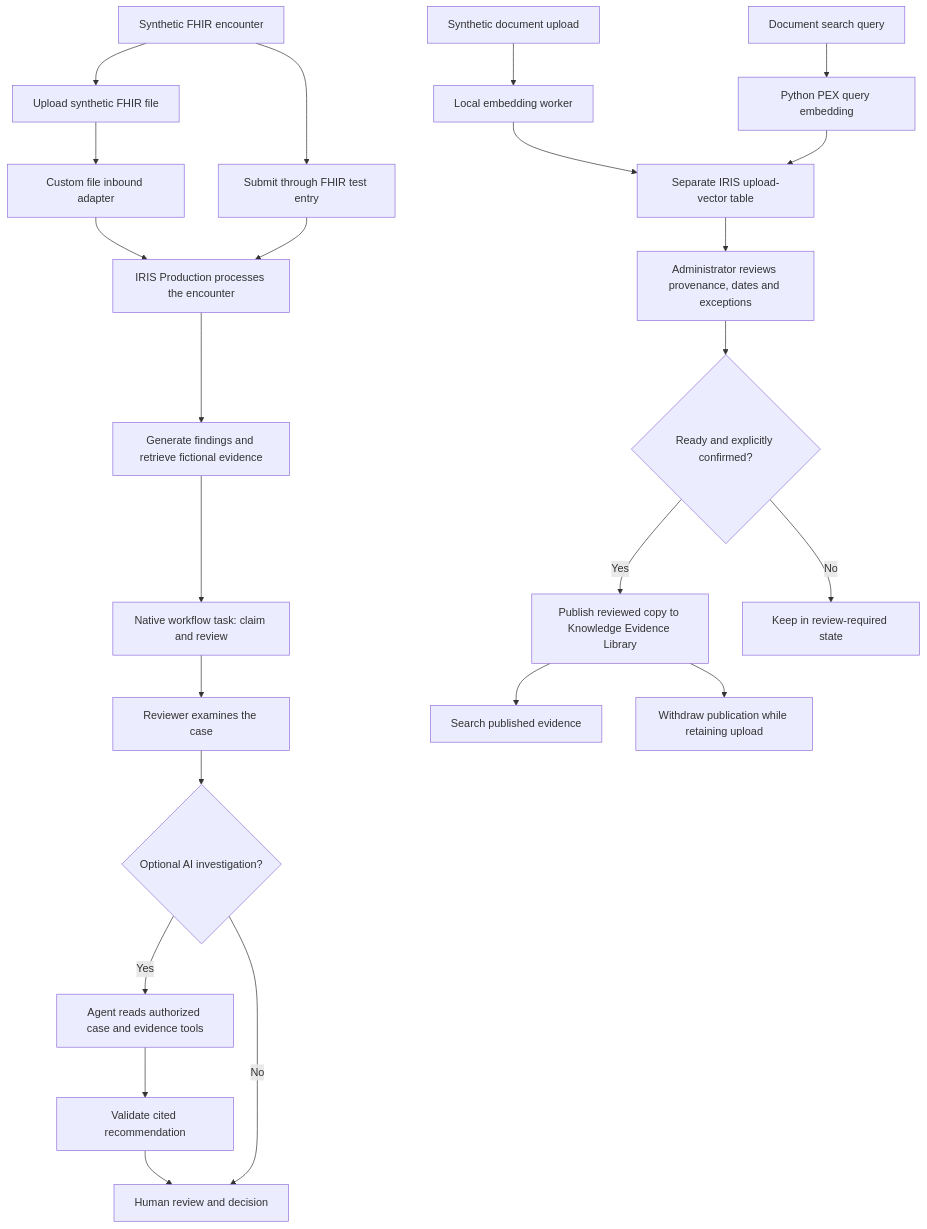
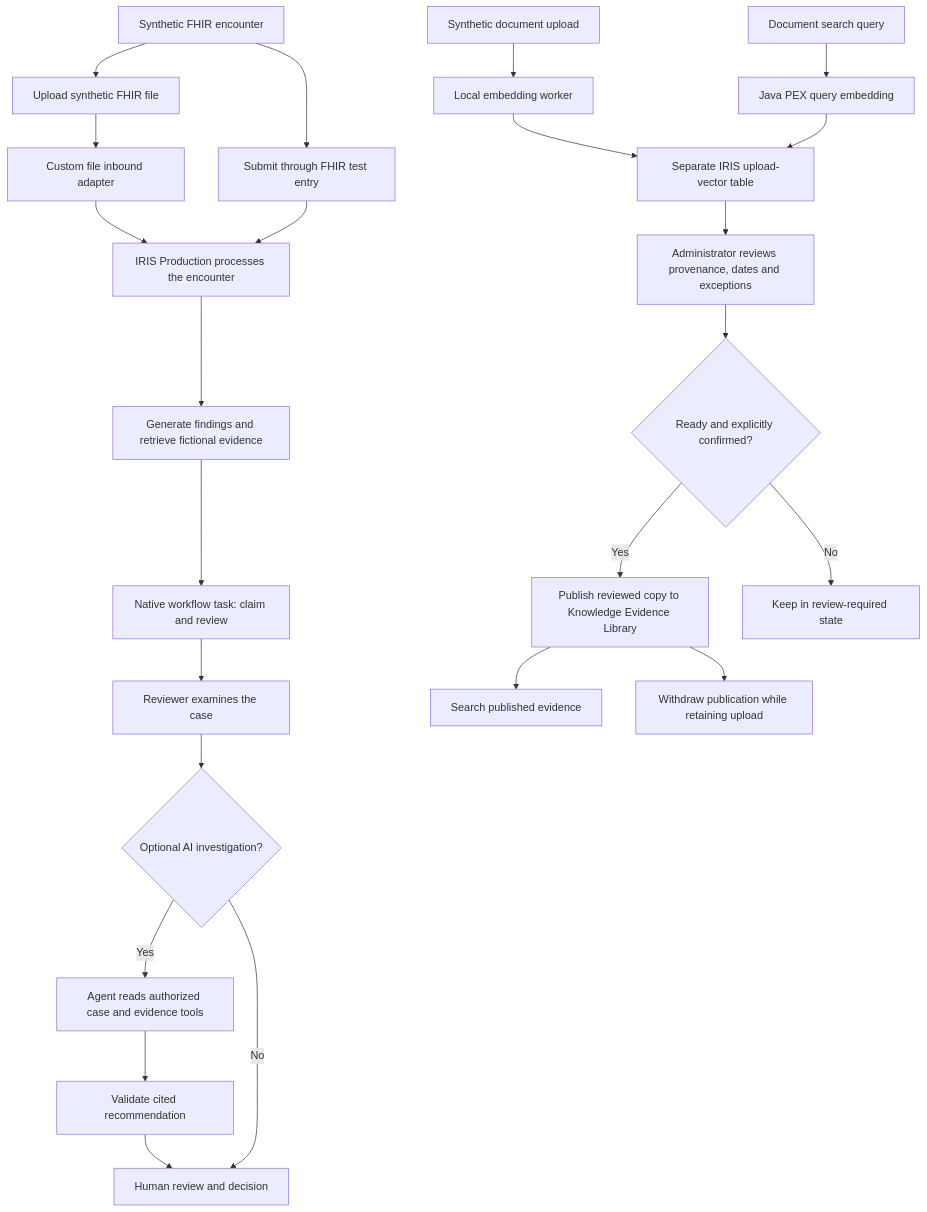
One commit to boanerges1227/MedicalInsuranceAudit changed the first of 2 diagrams in README.md. Above: the diagram before and after it, drawn with Mermaid. The commit also changed other lines of this file and 18 other files, not shown here.

Commit message:
Replace Python PEX embeddings with Java ONNX operation

````diff
--- a/README.md
+++ b/README.md
@@ -50,26 +50,26 @@
 ```mermaid
 flowchart TD
     A[Synthetic FHIR encounter] --> B[Submit through FHIR test entry]
     A --> BF[Upload synthetic FHIR file]
     BF --> AD[Custom file inbound adapter]
     AD --> C[IRIS Production processes the encounter]
     B --> C
     C --> D[Generate findings and retrieve fictional evidence]
     D --> T[Native workflow task: claim and review]
     T --> E[Reviewer examines the case]
     E --> F{Optional AI investigation?}
     F -- Yes --> G[Agent reads authorized case and evidence tools]
     G --> H[Validate cited recommendation]
     H --> I[Human review and decision]
     F -- No --> I
     J[Synthetic document upload] --> K[Local embedding worker]
     K --> L[Separate IRIS upload-vector table]
-    Q[Document search query] --> P[Python PEX query embedding]
+    Q[Document search query] --> P[Java PEX query embedding]
     P --> L
     L --> M[Administrator reviews provenance, dates and exceptions]
     M --> N{Ready and explicitly confirmed?}
     N -- Yes --> O[Publish reviewed copy to Knowledge Evidence Library]
     N -- No --> R[Keep in review-required state]
     O --> S[Search published evidence]
     O --> W[Withdraw publication while retaining upload]
 ```
````
